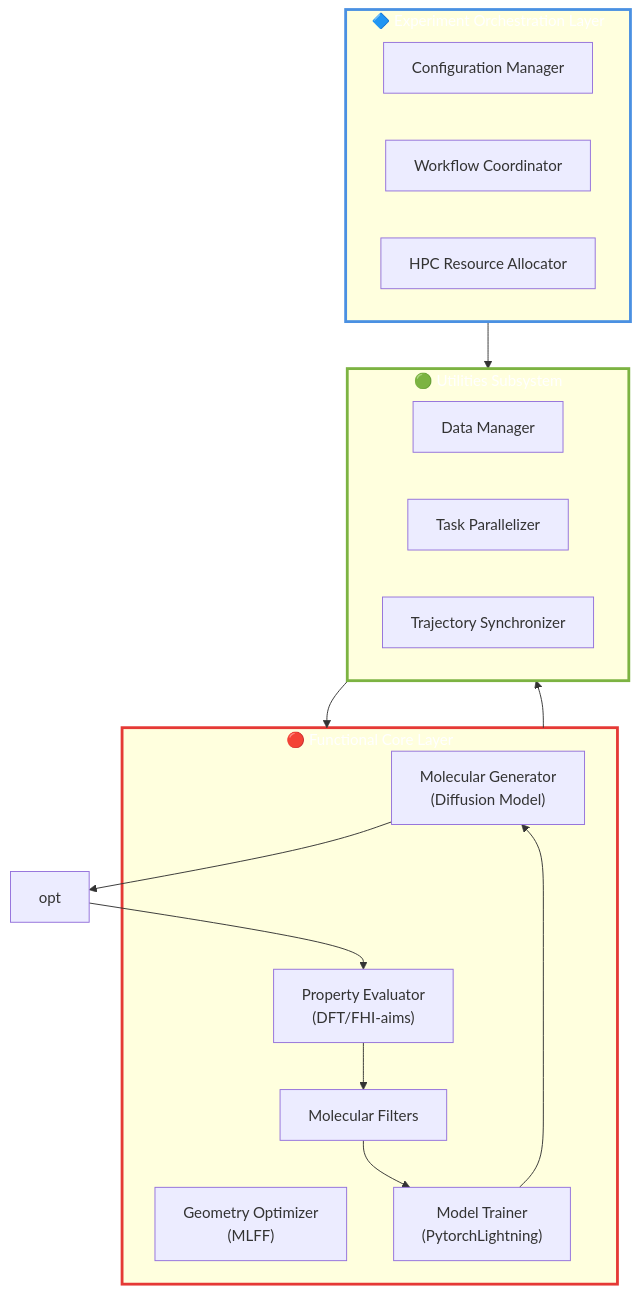
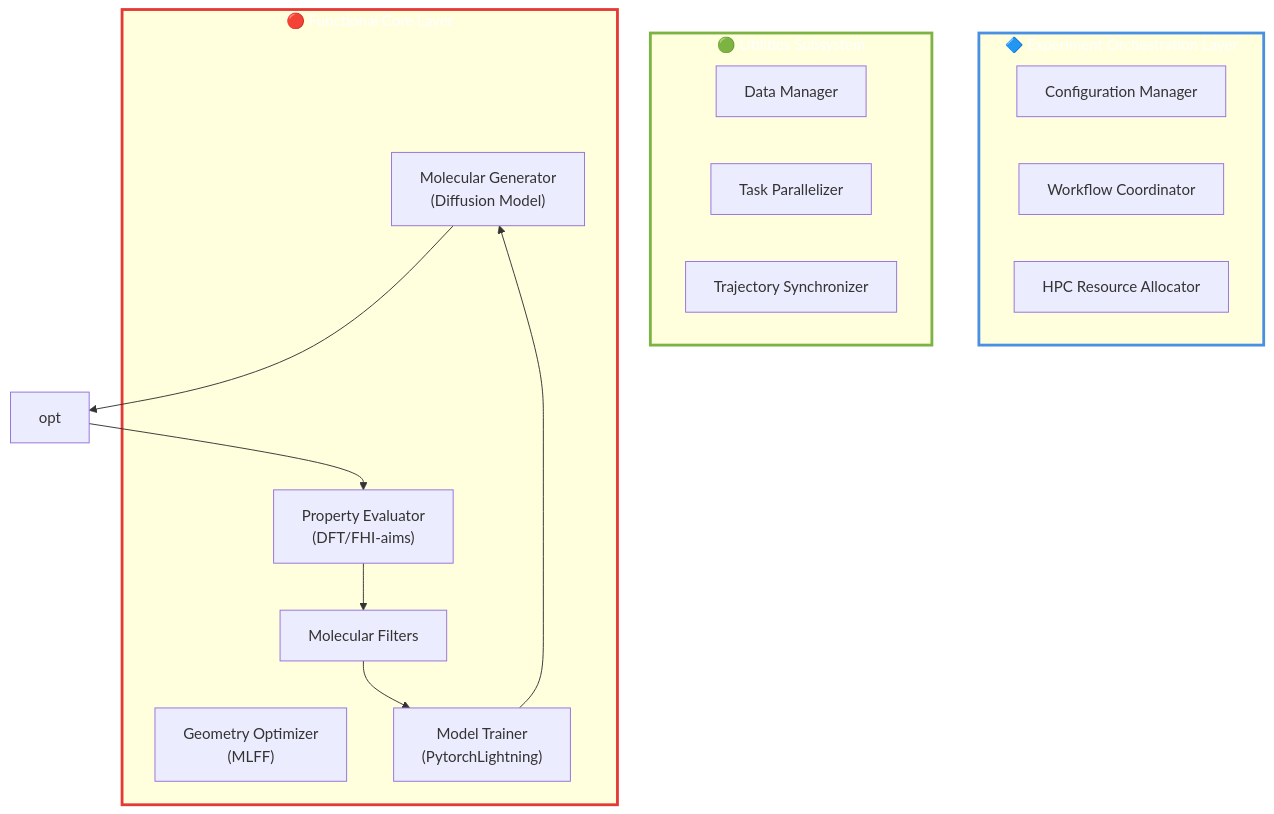
Before and after one commit to lmedranos/qalpa: the second of 2 diagrams in README.md, drawn with Mermaid.

Commit message:
Clean up README.md by removing unnecessary links
Removed redundant arrows between orchestration, utilities, and functional.

````diff
--- a/README.md
+++ b/README.md
@@ -101,36 +101,32 @@
 ```mermaid
 graph TB
     subgraph orchestration["🔷 Experiment Orchestration Layer"]
         config["Configuration Manager"]
         workflow["Workflow Coordinator"]
         hpc["HPC Resource Allocator"]
     end
     
     subgraph utilities["🟢 Utilities Subsystem"]
         data["Data Manager"]
         parallel["Task Parallelizer"]
         sync["Trajectory Synchronizer"]
     end
     
     subgraph functional["🔴 Functional Core Layer"]
         gen["Molecular Generator<br/>(Diffusion Model)"]
         eval["Property Evaluator<br/>(DFT/FHI-aims)"]
         Opt["Geometry Optimizer<br/>(MLFF)"]
         select["Molecular Filters"]
         train["Model Trainer<br/>(PytorchLightning)"]
     end
     
-    orchestration --> utilities
-    utilities --> functional
-    functional --> utilities
-    
     gen --> opt
     opt --> eval
     eval --> select
     select --> train
     train --> gen
     
     style orchestration stroke:#4A90E2,stroke-width:3px,color:#fff
     style utilities stroke:#7CB342,stroke-width: 3px,color:#fff
     style functional stroke:#E53935,stroke-width:3px,color:#fff
 ```
````
